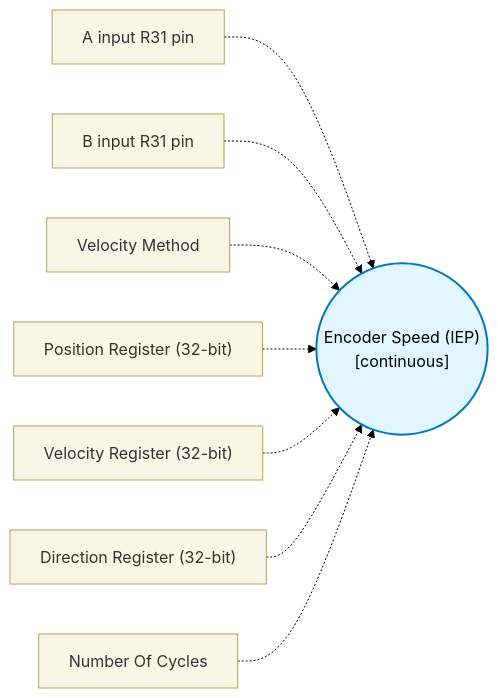
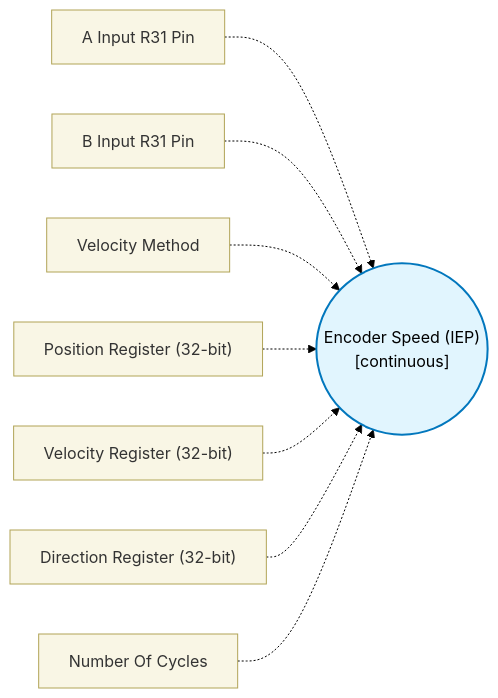
Before and after one commit to TexasInstruments/pru-no-code-tool: the diagram in docs/block-reference/blocks/encoder_speed_block/design.md, drawn with Mermaid (forest theme). The commit also changed other lines of this file and 89 other files, not shown here.

````diff
--- a/docs/block-reference/blocks/encoder_speed_block/design.md
+++ b/docs/block-reference/blocks/encoder_speed_block/design.md
@@ -11,13 +11,13 @@
 ```mermaid
 flowchart LR
   classDef config fill:#f9f6e5,stroke:#b1a457,stroke-width:1px,color:#333;
   classDef core fill:#e1f5fe,stroke:#0277bd,stroke-width:2px,color:#000;
   CORE(("Encoder Speed (IEP)\n[continuous]")):::core
-  CFG0["A input R31 pin"]:::config -.-> CORE
-  CFG1["B input R31 pin"]:::config -.-> CORE
+  CFG0["A Input R31 Pin"]:::config -.-> CORE
+  CFG1["B Input R31 Pin"]:::config -.-> CORE
   CFG2["Velocity Method"]:::config -.-> CORE
   CFG3["Position Register (32-bit)"]:::config -.-> CORE
   CFG4["Velocity Register (32-bit)"]:::config -.-> CORE
   CFG5["Direction Register (32-bit)"]:::config -.-> CORE
   CFG6["Number Of Cycles"]:::config -.-> CORE
 ```
````
